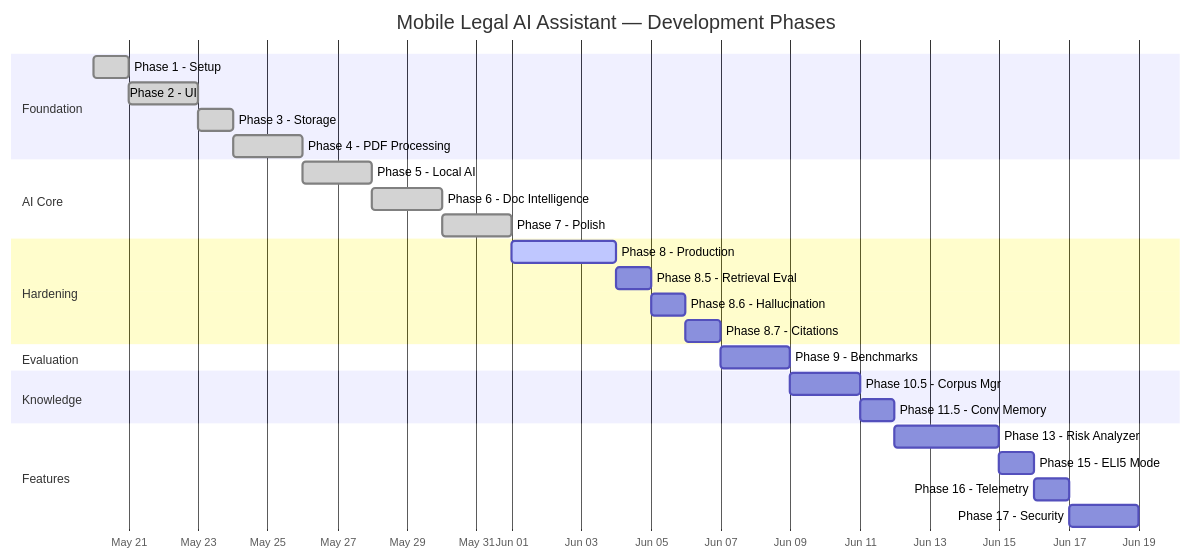
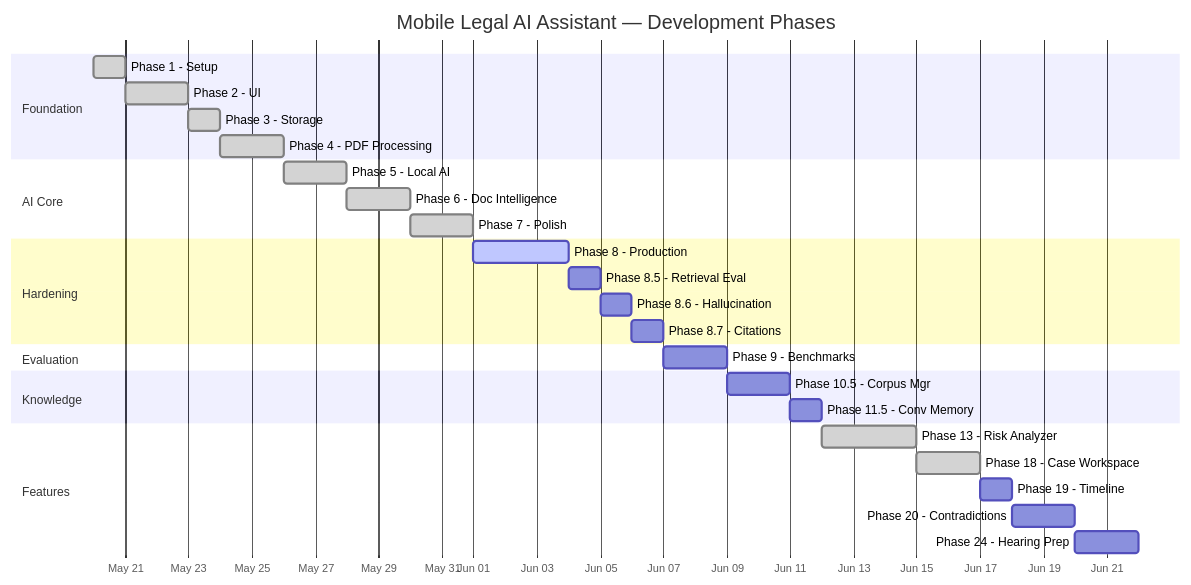
Before and after one commit to Nani040905/mobile-legal-ai-assistant: the second of 2 diagrams in docs/07-roadmap.md, drawn with Mermaid. The commit also changed other lines of this file and 3 other files, not shown here.

Commit message:
Update docs to reflect Phase 13 and Phase 18 architecture and roadmap

````diff
--- a/docs/07-roadmap.md
+++ b/docs/07-roadmap.md
@@ -13,36 +13,37 @@
 ```mermaid
 gantt
     title Mobile Legal AI Assistant — Development Phases
     dateFormat YYYY-MM-DD
     axisFormat %b %d
 
     section Foundation
     Phase 1 - Setup           :done, p1, 2026-05-20, 1d
     Phase 2 - UI              :done, p2, after p1, 2d
     Phase 3 - Storage         :done, p3, after p2, 1d
     Phase 4 - PDF Processing  :done, p4, after p3, 2d
 
     section AI Core
     Phase 5 - Local AI        :done, p5, after p4, 2d
     Phase 6 - Doc Intelligence :done, p6, after p5, 2d
     Phase 7 - Polish          :done, p7, after p6, 2d
 
     section Hardening
     Phase 8 - Production      :active, p8, after p7, 3d
     Phase 8.5 - Retrieval Eval :p85, after p8, 1d
     Phase 8.6 - Hallucination :p86, after p85, 1d
     Phase 8.7 - Citations     :p87, after p86, 1d
 
     section Evaluation
     Phase 9 - Benchmarks      :p9, after p87, 2d
 
     section Knowledge
     Phase 10.5 - Corpus Mgr   :p105, after p9, 2d
     Phase 11.5 - Conv Memory  :p115, after p105, 1d
 
     section Features
-    Phase 13 - Risk Analyzer  :p13, after p115, 3d
-    Phase 15 - ELI5 Mode      :p15, after p13, 1d
-    Phase 16 - Telemetry      :p16, after p15, 1d
-    Phase 17 - Security       :p17, after p16, 2d
+    Phase 13 - Risk Analyzer  :done, p13, after p115, 3d
+    Phase 18 - Case Workspace :done, p18, after p13, 2d
+    Phase 19 - Timeline       :p19, after p18, 1d
+    Phase 20 - Contradictions :p20, after p19, 2d
+    Phase 24 - Hearing Prep   :p24, after p20, 2d
 ```
````
